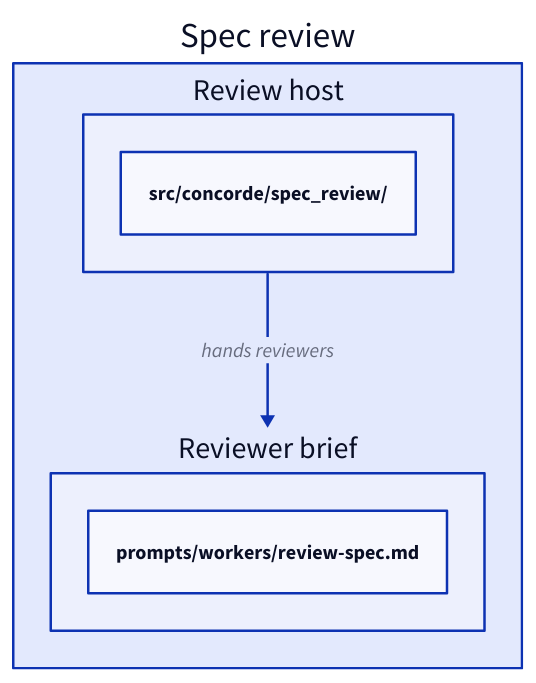
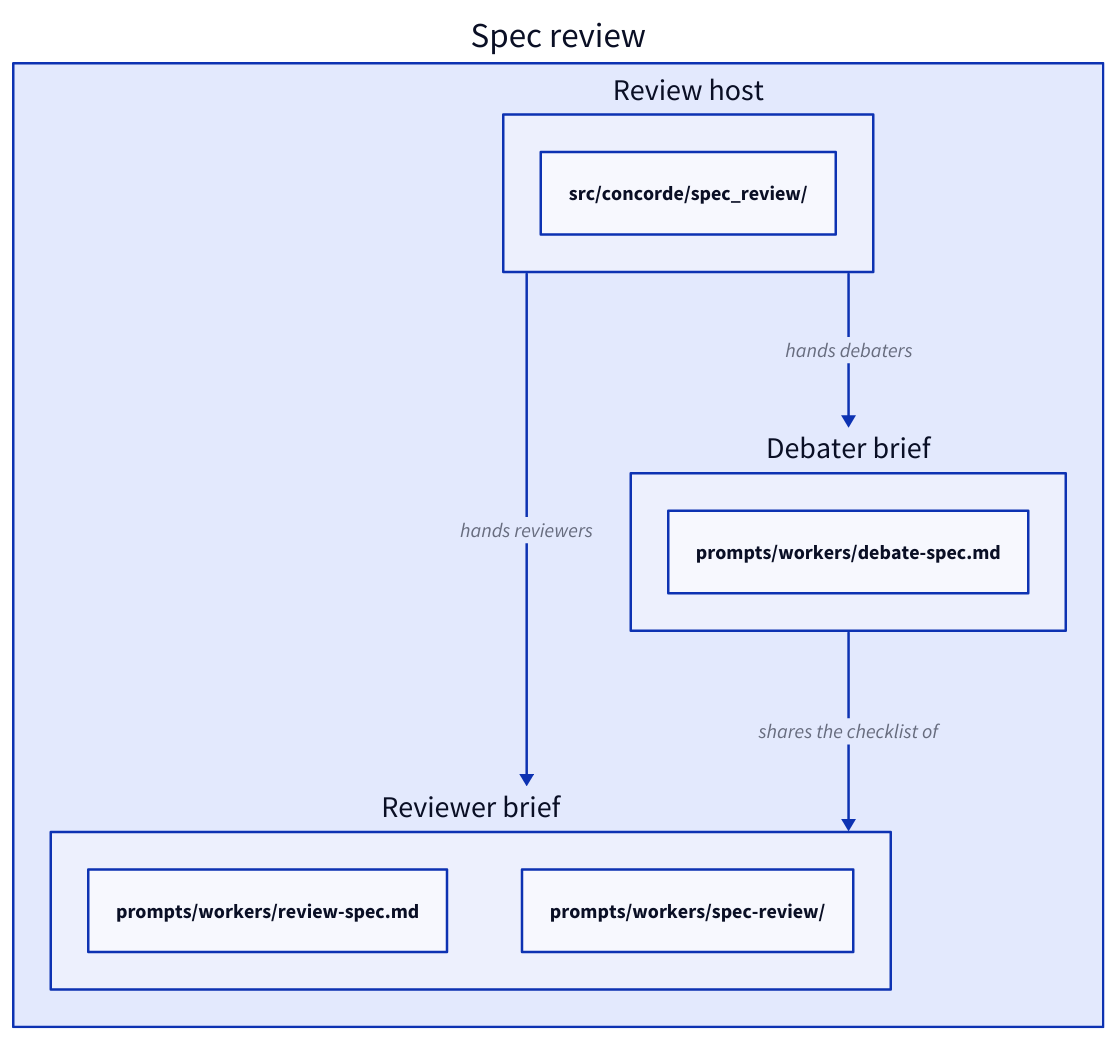
One commit to FTOD/concorde changed the first of 2 diagrams in specs/concorde/spec-tooling/spec-review/module.md. Above: the diagram before and after it, drawn with D2. The commit also changed other lines of this file and 16 other files, not shown here.

First line of the commit message:
Add the spec_debate pilot: a reviewer and a challenger argue each finding

````diff
--- a/specs/concorde/spec-tooling/spec-review/module.md
+++ b/specs/concorde/spec-tooling/spec-review/module.md
@@ -101,11 +125,17 @@
 ```d2
 review: Spec review {
   host: Review host {
     "src/concorde/spec_review/"
   }
   checklist: Reviewer brief {
     "prompts/workers/review-spec.md"
+    "prompts/workers/spec-review/"
+  }
+  debater: Debater brief {
+    "prompts/workers/debate-spec.md"
   }
   host -> checklist: hands reviewers
+  host -> debater: hands debaters
+  debater -> checklist: shares the checklist of
 }
 ```
````
